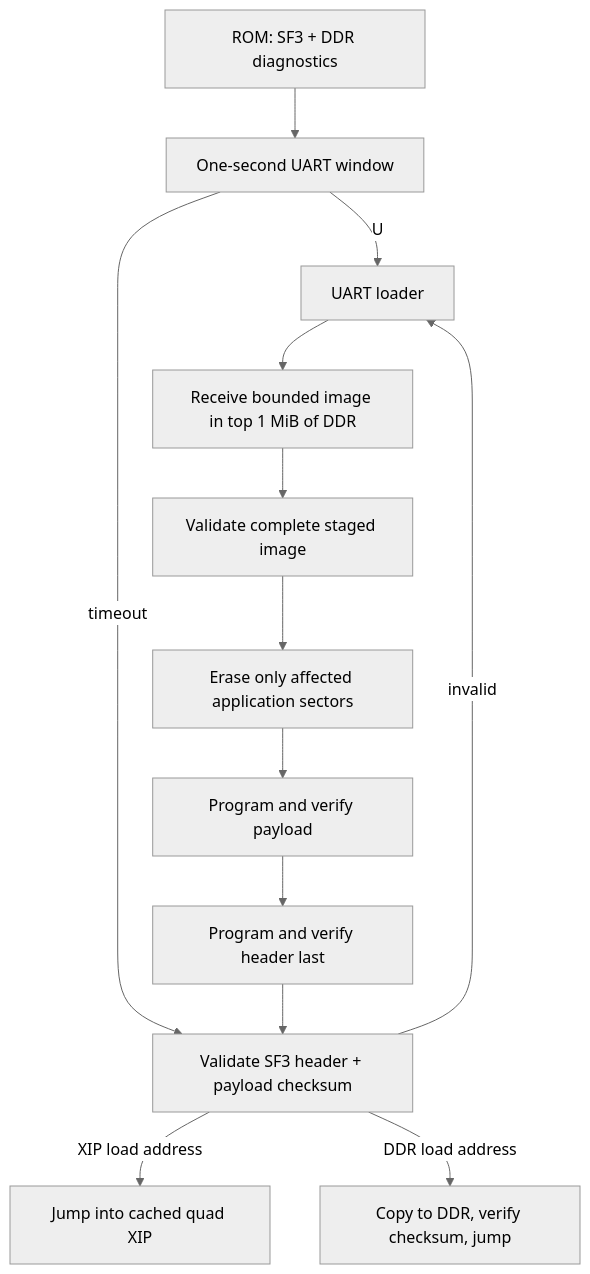
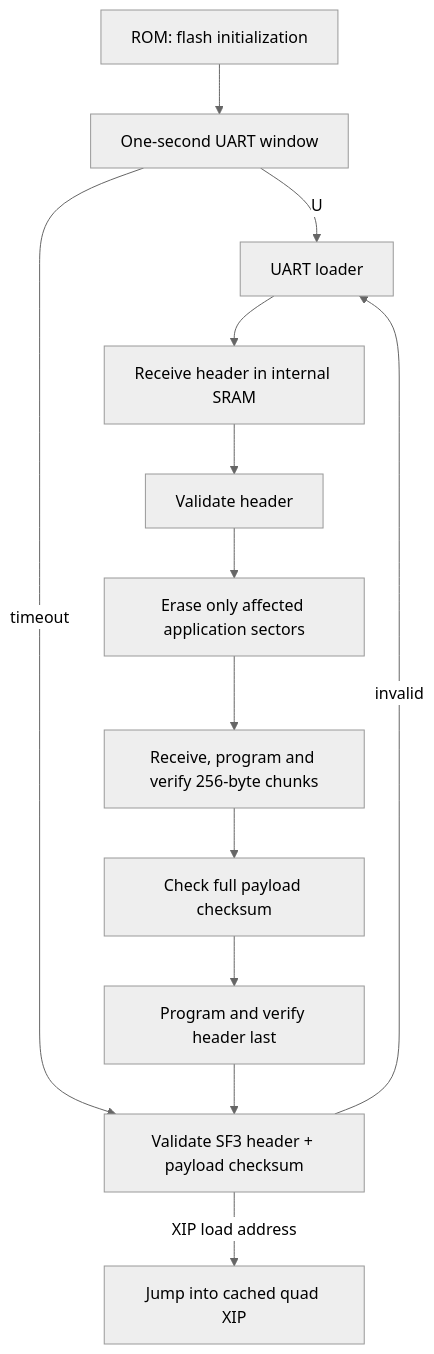
One commit to PreviousVOD/VexJ2 changed the third of 3 diagrams in docs/wukong-v1.md. Above: the diagram before and after it, drawn with Mermaid (neutral theme). The commit also changed other lines of this file and 123 other files, not shown here.

````diff
--- a/docs/wukong-v1.md
+++ b/docs/wukong-v1.md
@@ -409,15 +419,15 @@
 ```mermaid
 flowchart TD
-  R[ROM: SF3 + DDR diagnostics] --> W[One-second UART window]
+  R[ROM: flash initialization] --> W[One-second UART window]
   W -->|U| L[UART loader]
   W -->|timeout| V[Validate SF3 header + payload checksum]
-  L --> B[Receive bounded image in top 1 MiB of DDR]
-  B --> C[Validate complete staged image]
+  L --> B[Receive header in internal SRAM]
+  B --> C[Validate header]
   C --> E[Erase only affected application sectors]
-  E --> P[Program and verify payload]
-  P --> H[Program and verify header last]
+  E --> P[Receive, program and verify 256-byte chunks]
+  P --> K[Check full payload checksum]
+  K --> H[Program and verify header last]
   H --> V
   V -->|XIP load address| X[Jump into cached quad XIP]
-  V -->|DDR load address| D[Copy to DDR, verify checksum, jump]
   V -->|invalid| L
 ```
````
